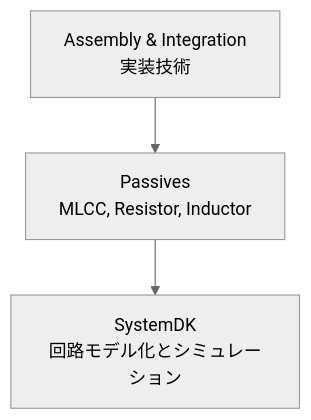
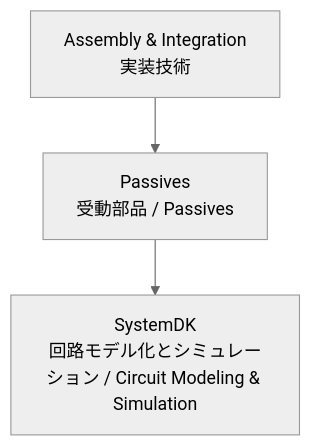
The diagram in Assembly-Integration/Passives/README.md (Samizo-AITL/Edusemi-Plus), drawn with Mermaid (neutral theme) before and after one commit. The commit also changed other lines of this file, not shown here.

````diff
--- a/Assembly-Integration/Passives/README.md
+++ b/Assembly-Integration/Passives/README.md
@@ -42,5 +47,5 @@
 ```mermaid
 graph TD
-  A[Assembly & Integration<br/>実装技術] --> B[Passives<br/>MLCC, Resistor, Inductor]
-  B --> C[SystemDK<br/>回路モデル化とシミュレーション]
+  A[Assembly & Integration<br/>実装技術] --> B[Passives<br/>受動部品 / Passives]
+  B --> C[SystemDK<br/>回路モデル化とシミュレーション / Circuit Modeling & Simulation]
 ```
````
